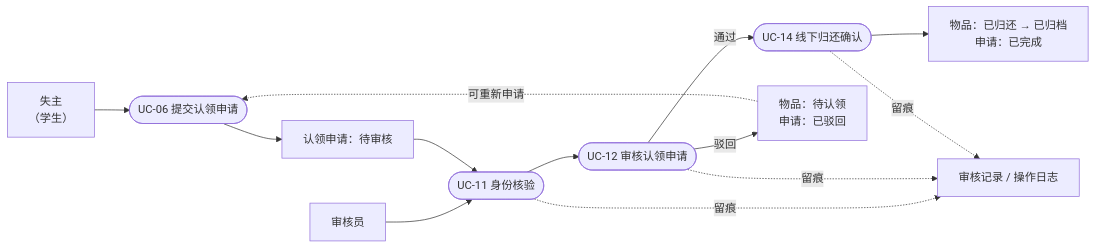
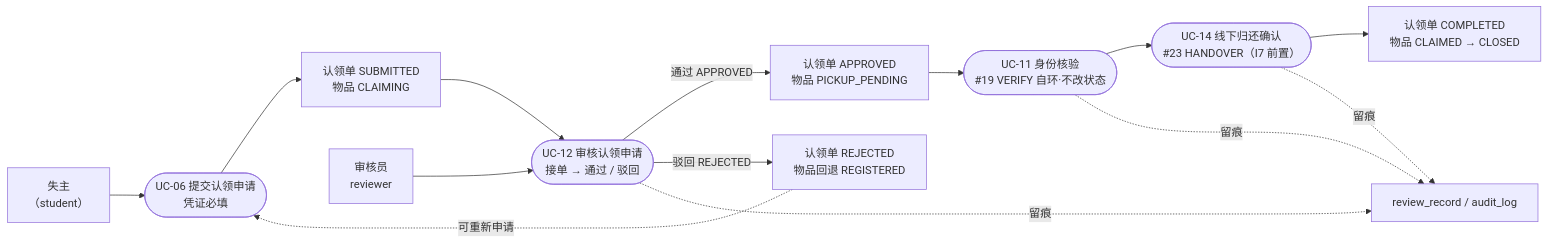
Before and after one commit to wbdgbkbdjsj/campus-lost-and-found: the second of 3 diagrams in 校园失物招领-第2组/01_批次0-阴亮/用例图.md, drawn with Mermaid. The commit also changed other lines of this file and 17 other files, not shown here.

Commit message:
docs+feat(阴亮/终审): 定稿需求与总体设计材料、需求4图；纳入可运行源码交付物与24项冒烟全绿证据；补功能实践总表与测试报告回填块

````diff
--- a/校园失物招领-第2组/01_批次0-阴亮/用例图.md
+++ b/校园失物招领-第2组/01_批次0-阴亮/用例图.md
@@ -168,15 +168,16 @@
 ```mermaid
 flowchart LR
-  OWN["失主<br/>（学生）"] --> C1(["UC-06 提交认领申请"])
-  C1 --> ST1["认领申请：待审核"]
-  AUD["审核员"] --> C2(["UC-11 身份核验"])
+  OWN["失主<br/>（student）"] --> C1(["UC-06 提交认领申请<br/>凭证必填"])
+  C1 --> ST1["认领单 SUBMITTED<br/>物品 CLAIMING"]
+  AUD["审核员<br/>reviewer"] --> C2(["UC-12 审核认领申请<br/>接单 → 通过 / 驳回"])
   ST1 --> C2
-  C2 --> C3(["UC-12 审核认领申请"])
-  C3 -->|通过| C4(["UC-14 线下归还确认"])
-  C3 -->|驳回| ST2["物品：待认领<br/>申请：已驳回"]
-  C4 --> ST3["物品：已归还 → 已归档<br/>申请：已完成"]
-  C2 -.->|留痕| LOG["审核记录 / 操作日志"]
-  C3 -.->|留痕| LOG
+  C2 -->|通过 APPROVED| ST3["认领单 APPROVED<br/>物品 PICKUP_PENDING"]
+  ST3 --> C4(["UC-11 身份核验<br/>#19 VERIFY 自环·不改状态"])
+  C4 --> C5(["UC-14 线下归还确认<br/>#23 HANDOVER（I7 前置）"])
+  C5 --> ST4["认领单 COMPLETED<br/>物品 CLAIMED → CLOSED"]
+  C2 -->|驳回 REJECTED| ST2["认领单 REJECTED<br/>物品回退 REGISTERED"]
+  C2 -.->|留痕| LOG["review_record / audit_log"]
   C4 -.->|留痕| LOG
+  C5 -.->|留痕| LOG
   ST2 -.->|可重新申请| C1
 ```
````
